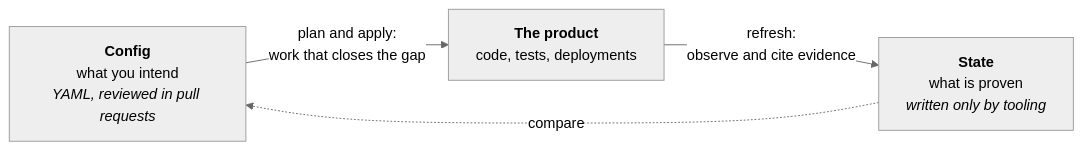
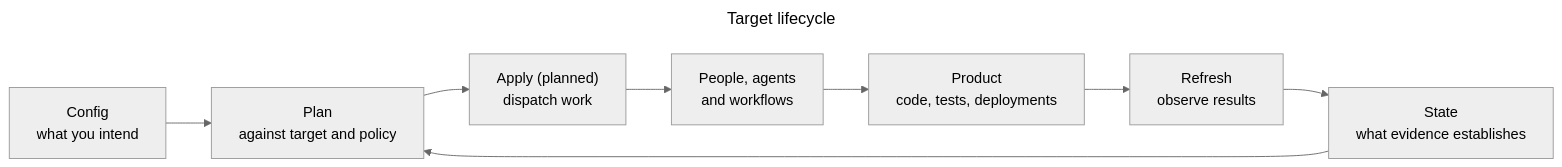
One commit to whiteredhouse/exacly changed the diagram in README.md. Above: the diagram before and after it, drawn with Mermaid (neutral theme).

Commit message:
docs: show target plan and apply lifecycle in README diagram

````diff
--- a/README.md
+++ b/README.md
@@ -5,9 +5,13 @@
 ```mermaid
+---
+title: Target lifecycle
+---
 flowchart LR
-    config["<b>Config</b><br/>what you intend<br/><i>YAML, reviewed in pull requests</i>"]
-    product["<b>The product</b><br/>code, tests, deployments"]
-    state["<b>State</b><br/>what is proven<br/><i>written only by tooling</i>"]
-    config -- "plan and apply:<br/>work that closes the gap" --> product
-    product -- "refresh:<br/>observe and cite evidence" --> state
-    state -. "compare" .-> config
+    config["Config<br/>what you intend"] --> plan["Plan<br/>against target and policy"]
+    state["State<br/>what evidence establishes"] --> plan
+    plan --> apply["Apply (planned)<br/>dispatch work"]
+    apply --> executors["People, agents<br/>and workflows"]
+    executors --> product["Product<br/>code, tests, deployments"]
+    product --> refresh["Refresh<br/>observe results"]
+    refresh --> state
 ```
````
